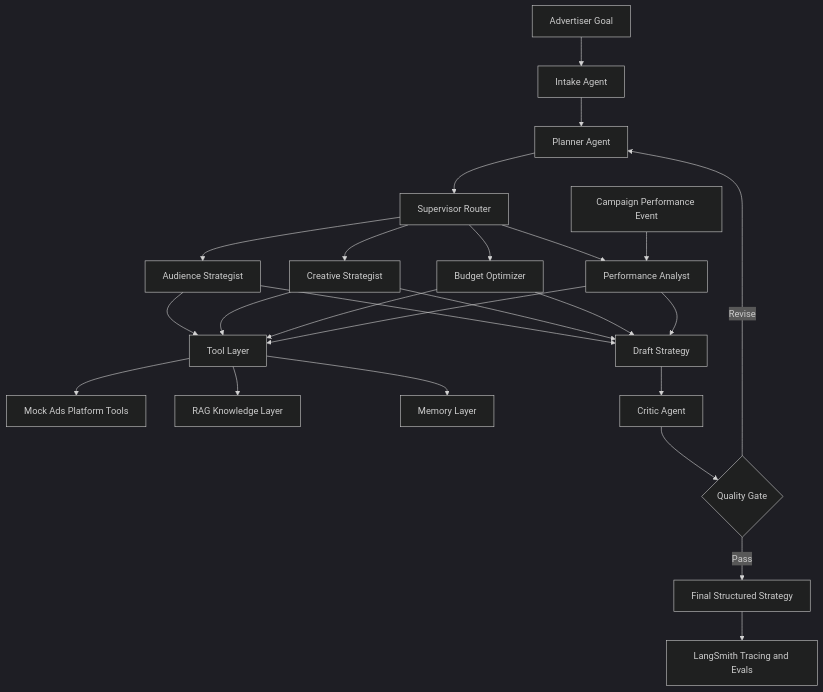
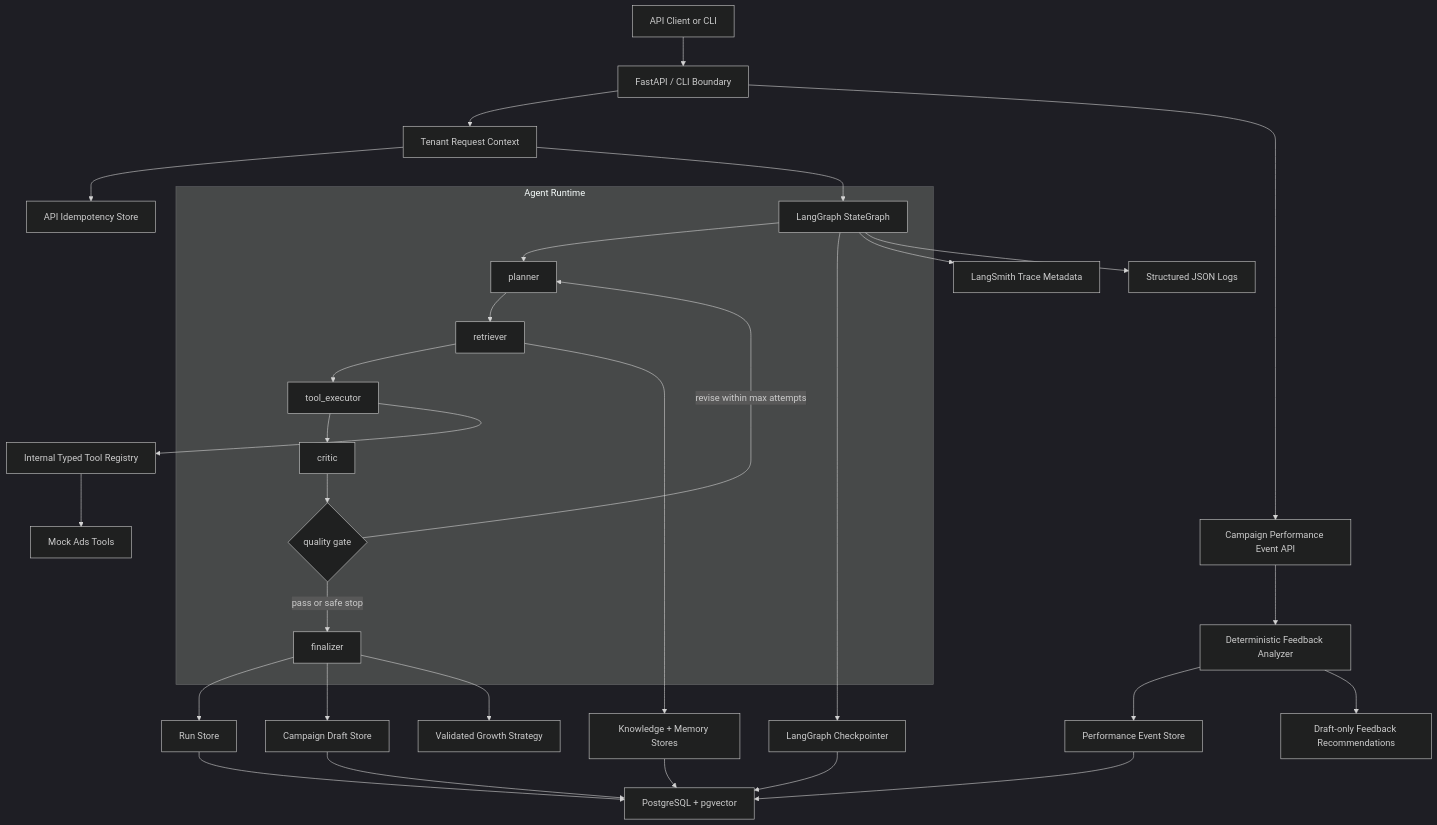
The first of 5 diagrams in RFC-Autonomous-Ads-Growth-Agent-Platform-v0.1.md (clearlove1fan/autonomous-ads-growth-agent-platform), drawn with Mermaid (dark theme) before and after one commit. The commit also changed other lines of this file and 2 other files, not shown here.

````diff
--- a/RFC-Autonomous-Ads-Growth-Agent-Platform-v0.1.md
+++ b/RFC-Autonomous-Ads-Growth-Agent-Platform-v0.1.md
@@ -272,27 +272,38 @@
 ```mermaid
 flowchart TD
-    A["Advertiser Goal"] --> B["Intake Agent"]
-    B --> C["Planner Agent"]
-    C --> D["Supervisor Router"]
-    D --> E["Audience Strategist"]
-    D --> F["Creative Strategist"]
-    D --> G["Budget Optimizer"]
-    D --> H["Performance Analyst"]
-    E --> I["Tool Layer"]
-    F --> I
-    G --> I
-    H --> I
-    I --> J["Mock Ads Platform Tools"]
-    I --> K["RAG Knowledge Layer"]
-    I --> L["Memory Layer"]
-    E --> M["Draft Strategy"]
-    F --> M
-    G --> M
-    H --> M
-    M --> N["Critic Agent"]
-    N --> O{"Quality Gate"}
-    O -- "Revise" --> C
-    O -- "Pass" --> P["Final Structured Strategy"]
-    P --> Q["LangSmith Tracing and Evals"]
-    R["Campaign Performance Event"] --> H
+    C["API Client or CLI"] --> A["FastAPI / CLI Boundary"]
+    A --> T["Tenant Request Context"]
+    T --> I["API Idempotency Store"]
+    T --> G["LangGraph StateGraph"]
+
+    subgraph Graph["Agent Runtime"]
+        G --> P["planner"]
+        P --> R["retriever"]
+        R --> X["tool_executor"]
+        X --> K["critic"]
+        K --> Q{"quality gate"}
+        Q -- "revise within max attempts" --> P
+        Q -- "pass or safe stop" --> F["finalizer"]
+    end
+
+    G --> CP["LangGraph Checkpointer"]
+    G --> LS["LangSmith Trace Metadata"]
+    G --> JL["Structured JSON Logs"]
+    R --> KS["Knowledge + Memory Stores"]
+    X --> TR["Internal Typed Tool Registry"]
+    TR --> MT["Mock Ads Tools"]
+    F --> RS["Run Store"]
+    F --> DS["Campaign Draft Store"]
+    F --> OUT["Validated Growth Strategy"]
+
+    A --> EV["Campaign Performance Event API"]
+    EV --> FA["Deterministic Feedback Analyzer"]
+    FA --> PES["Performance Event Store"]
+    FA --> REC["Draft-only Feedback Recommendations"]
+
+    KS --> DB["PostgreSQL + pgvector"]
+    RS --> DB
+    DS --> DB
+    PES --> DB
+    CP --> DB
 ```
````
